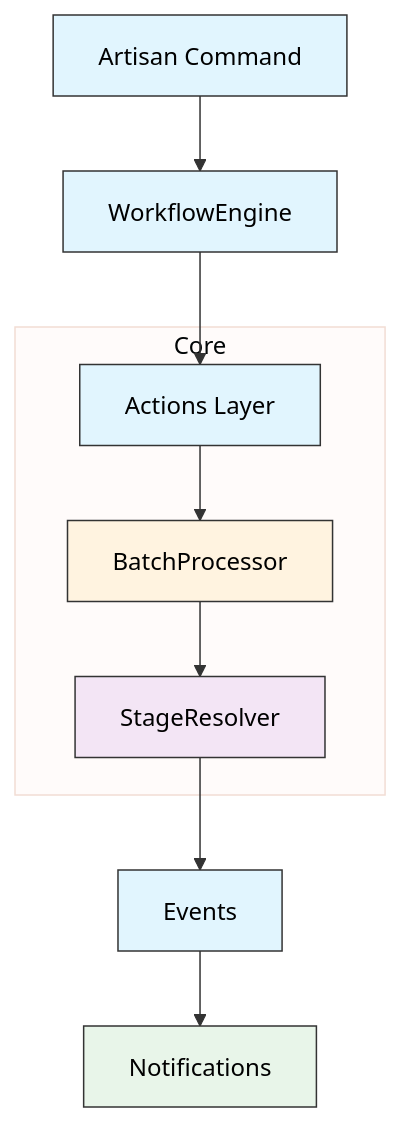
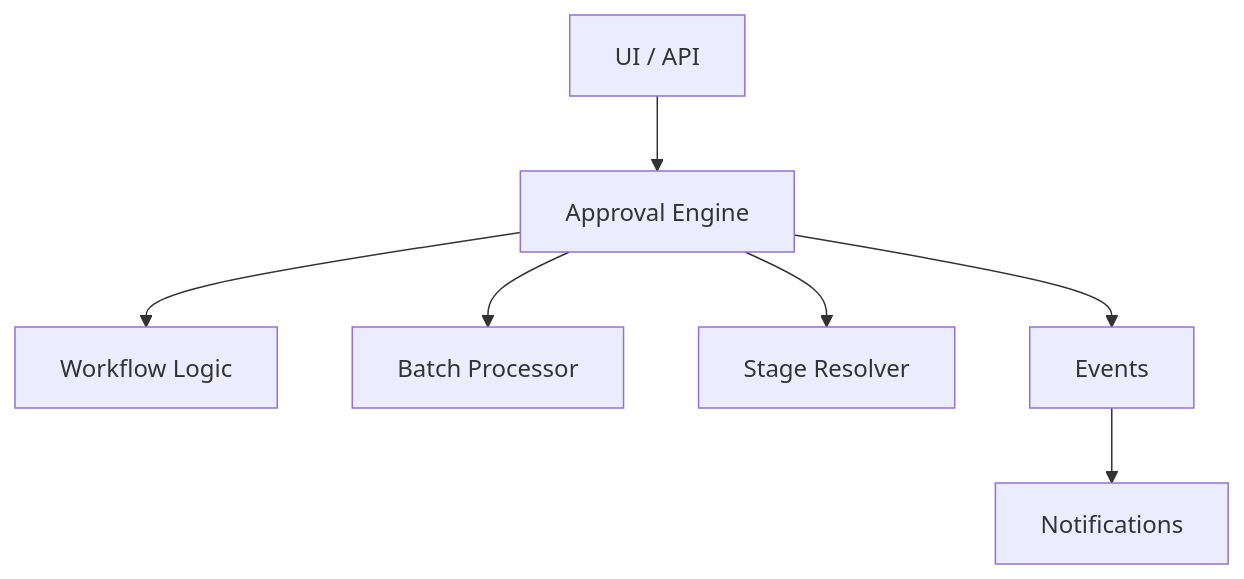
The third of 3 diagrams in README.md (apurba-labs/laravel-approval-engine), drawn with Mermaid before and after one commit. The commit also changed other lines of this file, not shown here.

````diff
--- a/README.md
+++ b/README.md
@@ -272,23 +250,9 @@
 ```mermaid
-%%{init: { 'theme': 'base', 'themeVariables': { 'primaryColor': '#e1f5fe', 'nodeTextColor': '#000000', 'mainBkg': '#e1f5fe', 'lineColor': '#333' }}}%%
 graph TD
-    A[Artisan Command] --> B[WorkflowEngine]
-    B --> C[Actions Layer]
-    
-    subgraph Core
-    C --> D[BatchProcessor]
-    D --> E[StageResolver]
-    end
-    
-    E --> F[Events]
+    A[UI / API] --> B[Approval Engine]
+    B --> C[Workflow Logic]
+    B --> D[Batch Processor]
+    B --> E[Stage Resolver]
+    B --> F[Events]
     F --> G[Notifications]
-
-    %% Styles
-    classDef blackText color:#000000,stroke:#333,stroke-width:1px;
-    class A,B,C,D,E,F,G blackText;
-    
-    style B fill:#e1f5fe
-    style D fill:#fff3e0
-    style E fill:#f3e5f5
-    style G fill:#e8f5e9
 ```
````
